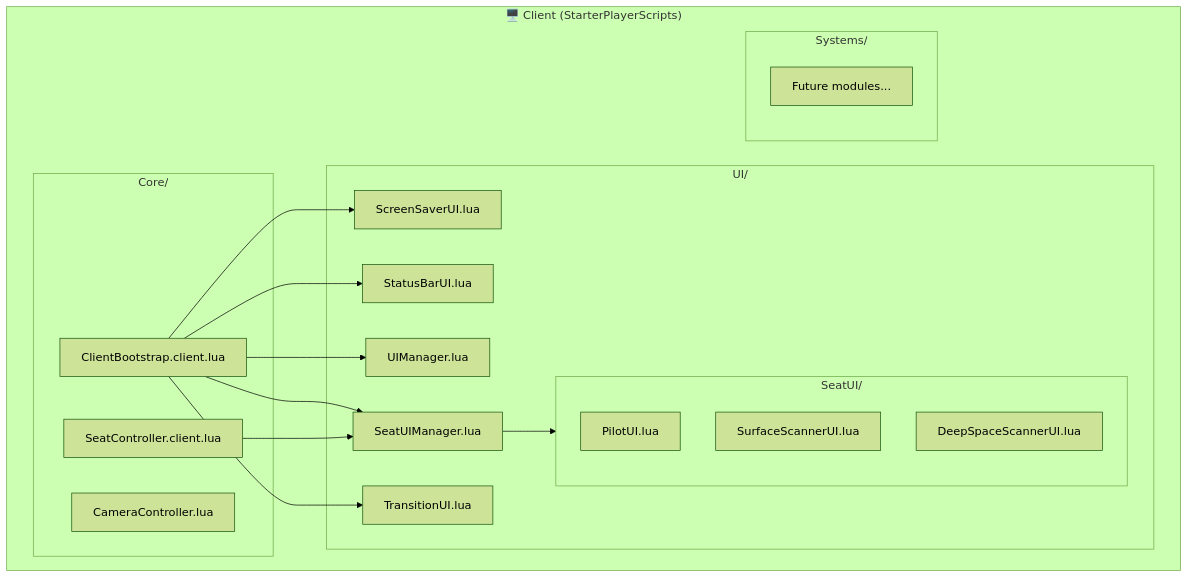
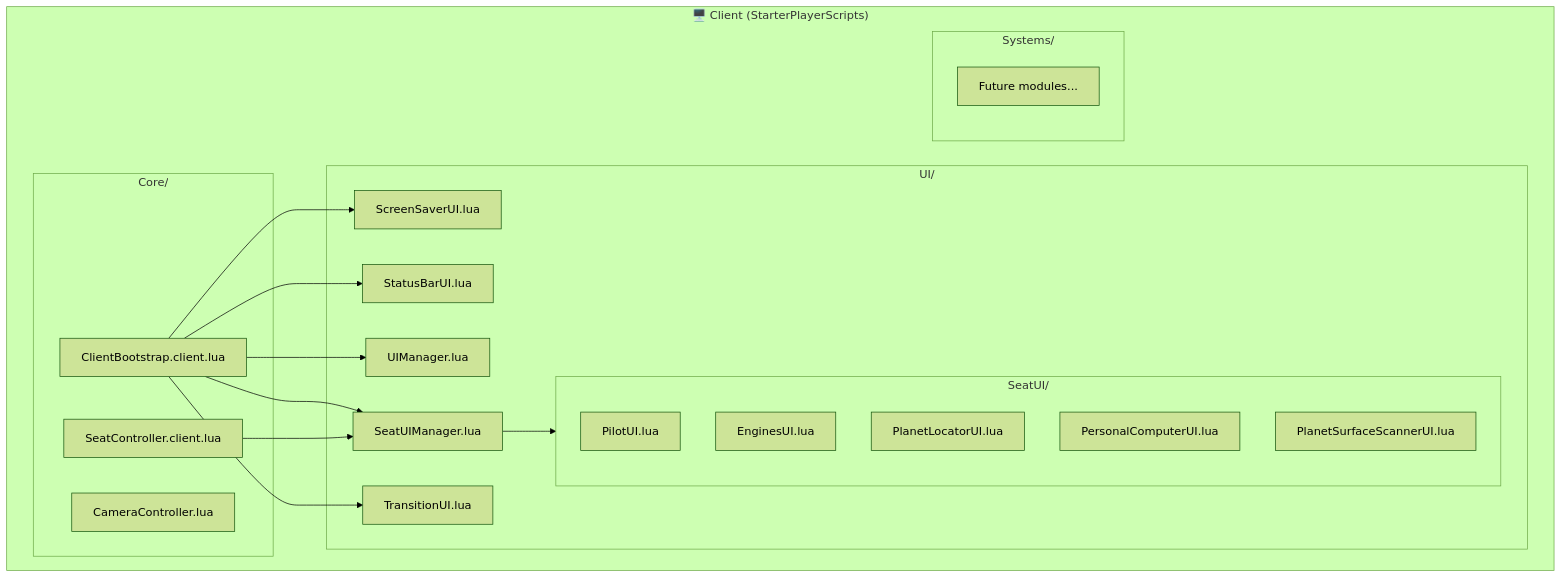
Before and after one commit to nick-fedchik/CallOfRelics: the first of 6 diagrams in Docs/TechDesign/README_GUI_DEV.md, drawn with Mermaid (forest theme). The commit also changed other lines of this file and 2 other files, not shown here.

````diff
--- a/Docs/TechDesign/README_GUI_DEV.md
+++ b/Docs/TechDesign/README_GUI_DEV.md
@@ -7,37 +7,39 @@
 ```mermaid
 flowchart TB
     subgraph Client["🖥️ Client (StarterPlayerScripts)"]
         subgraph Core["Core/"]
             CB[ClientBootstrap.client.lua]
             SC[SeatController.client.lua]
             CC[CameraController.lua]
         end
 
         subgraph UI["UI/"]
             UIM[UIManager.lua]
             SSU[ScreenSaverUI.lua]
             SBU[StatusBarUI.lua]
             SUIM[SeatUIManager.lua]
             TUI[TransitionUI.lua]
 
             subgraph SeatUI["SeatUI/"]
                 PUI[PilotUI.lua]
-                SSUI[SurfaceScannerUI.lua]
-                DSUI[DeepSpaceScannerUI.lua]
+                EUI[EnginesUI.lua]
+                PLUI[PlanetLocatorUI.lua]
+                PCUI[PersonalComputerUI.lua]
+                PSSUI[PlanetSurfaceScannerUI.lua]
             end
         end
 
         subgraph Systems["Systems/"]
             Future[Future modules...]
         end
     end
 
     CB --> SSU
     CB --> SBU
     CB --> UIM
     CB --> SUIM
     CB --> TUI
 
     SC --> SUIM
     SUIM --> SeatUI
 ```
````
